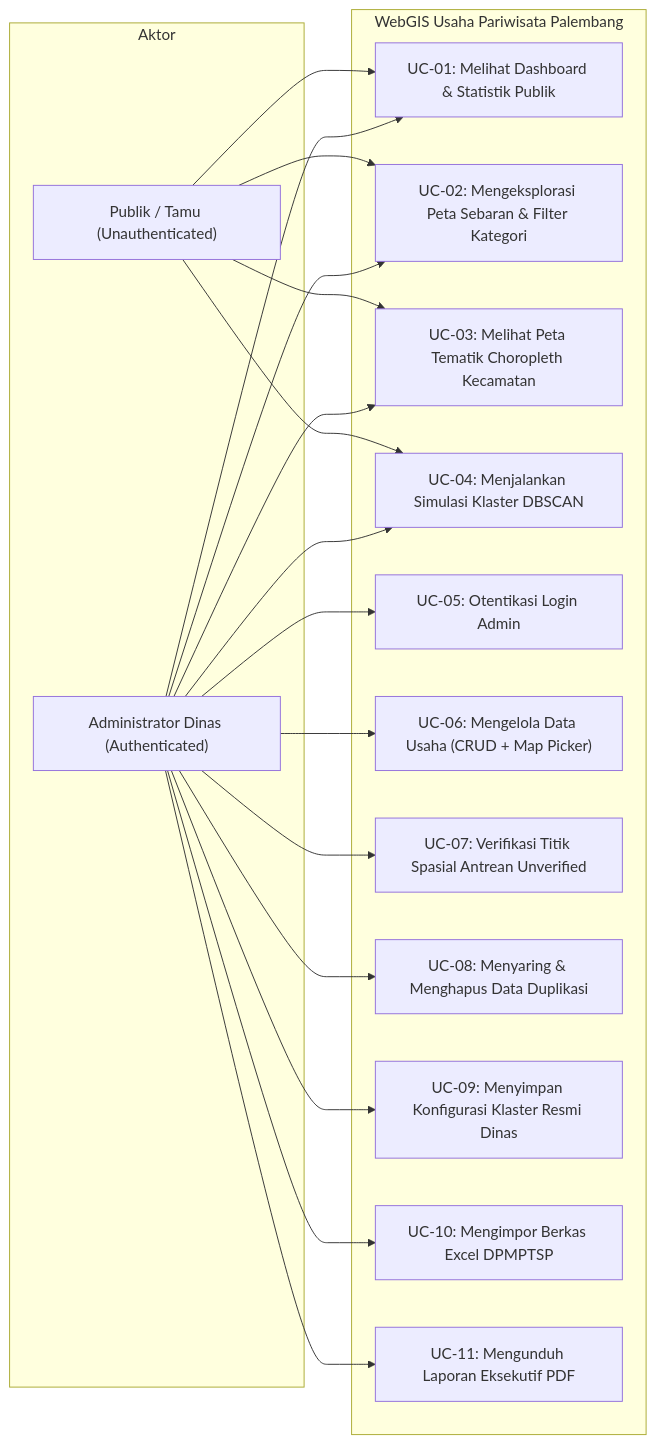
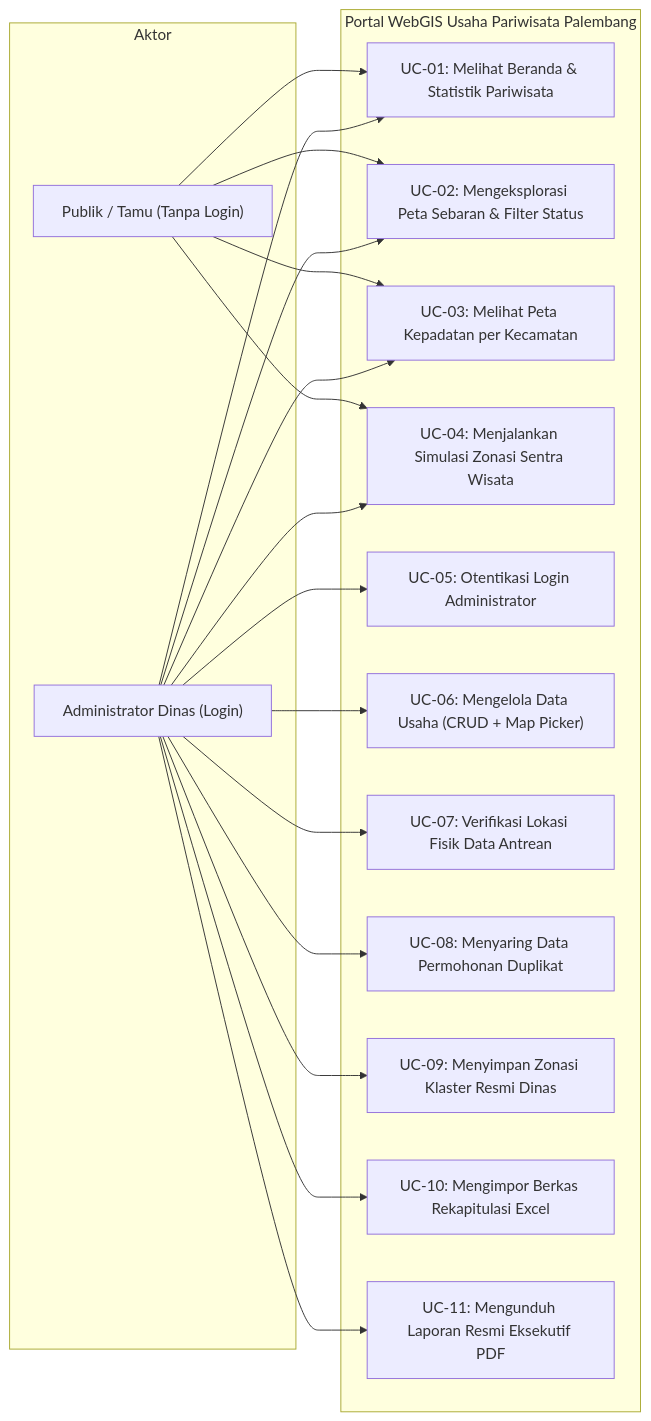
Before and after one commit to MDavaPrayoga/Pemetaan-Usaha-Pariwisata: the first of 2 diagrams in PRD.md, drawn with Mermaid. The commit also changed other lines of this file and 1 other file, not shown here.

Commit message:
docs: sinkronisasi arsitektur 3 halaman publik + 2 halaman admin dan terminologi ramah pengguna di PRD dan DESIGN

````diff
--- a/PRD.md
+++ b/PRD.md
@@ -140,38 +169,38 @@
 ```mermaid
 flowchart LR
     subgraph Aktor
-        Guest["Publik / Tamu (Unauthenticated)"]
-        Admin["Administrator Dinas (Authenticated)"]
+        Guest["Publik / Tamu (Tanpa Login)"]
+        Admin["Administrator Dinas (Login)"]
     end
 
-    subgraph WebGIS Usaha Pariwisata Palembang
-        UC01["UC-01: Melihat Dashboard & Statistik Publik"]
-        UC02["UC-02: Mengeksplorasi Peta Sebaran & Filter Kategori"]
-        UC03["UC-03: Melihat Peta Tematik Choropleth Kecamatan"]
-        UC04["UC-04: Menjalankan Simulasi Klaster DBSCAN"]
-        UC05["UC-05: Otentikasi Login Admin"]
+    subgraph Portal WebGIS Usaha Pariwisata Palembang
+        UC01["UC-01: Melihat Beranda & Statistik Pariwisata"]
+        UC02["UC-02: Mengeksplorasi Peta Sebaran & Filter Status"]
+        UC03["UC-03: Melihat Peta Kepadatan per Kecamatan"]
+        UC04["UC-04: Menjalankan Simulasi Zonasi Sentra Wisata"]
+        UC05["UC-05: Otentikasi Login Administrator"]
         UC06["UC-06: Mengelola Data Usaha (CRUD + Map Picker)"]
-        UC07["UC-07: Verifikasi Titik Spasial Antrean Unverified"]
-        UC08["UC-08: Menyaring & Menghapus Data Duplikasi"]
-        UC09["UC-09: Menyimpan Konfigurasi Klaster Resmi Dinas"]
-        UC10["UC-10: Mengimpor Berkas Excel DPMPTSP"]
-        UC11["UC-11: Mengunduh Laporan Eksekutif PDF"]
+        UC07["UC-07: Verifikasi Lokasi Fisik Data Antrean"]
+        UC08["UC-08: Menyaring Data Permohonan Duplikat"]
+        UC09["UC-09: Menyimpan Zonasi Klaster Resmi Dinas"]
+        UC10["UC-10: Mengimpor Berkas Rekapitulasi Excel"]
+        UC11["UC-11: Mengunduh Laporan Resmi Eksekutif PDF"]
     end
 
     Guest --> UC01
     Guest --> UC02
     Guest --> UC03
     Guest --> UC04
 
     Admin --> UC05
     Admin --> UC01
     Admin --> UC02
     Admin --> UC03
     Admin --> UC04
     Admin --> UC06
     Admin --> UC07
     Admin --> UC08
     Admin --> UC09
     Admin --> UC10
     Admin --> UC11
 ```
````
